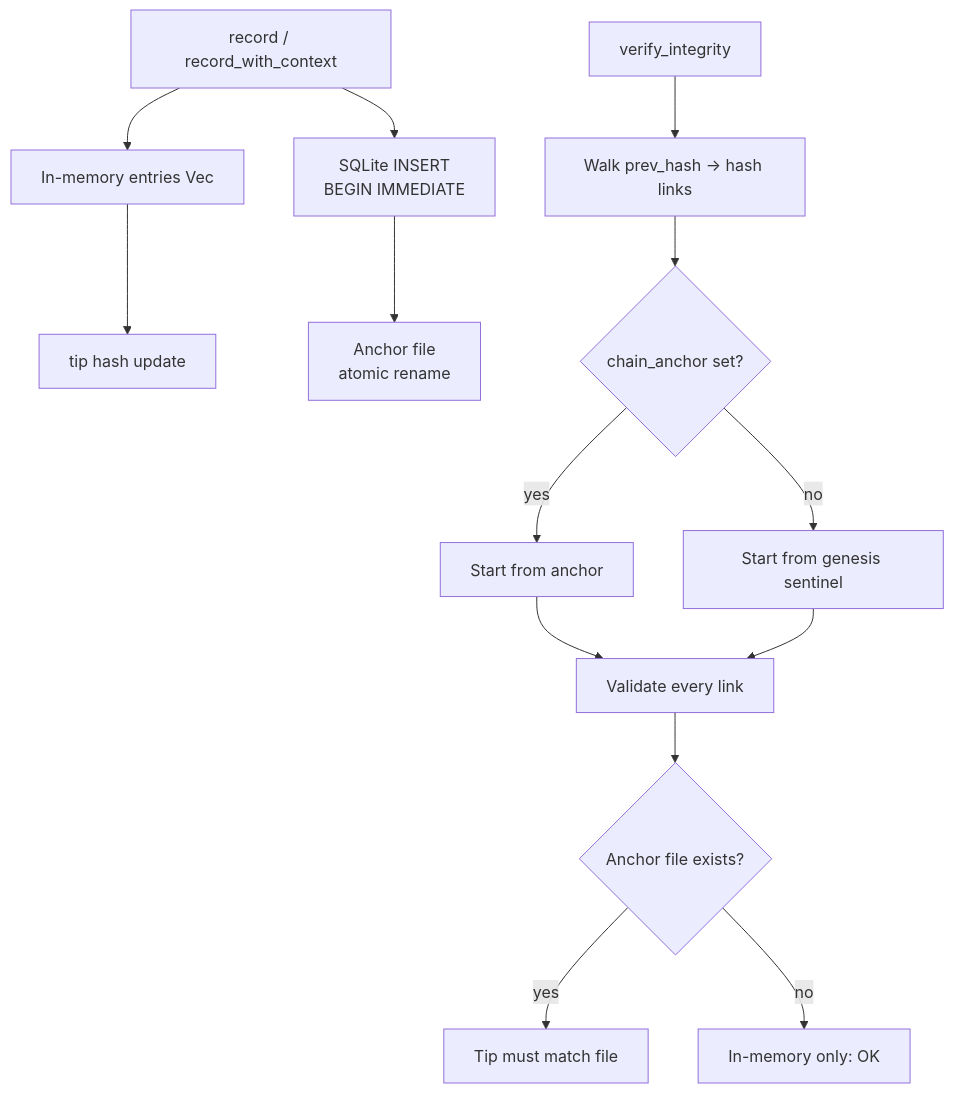
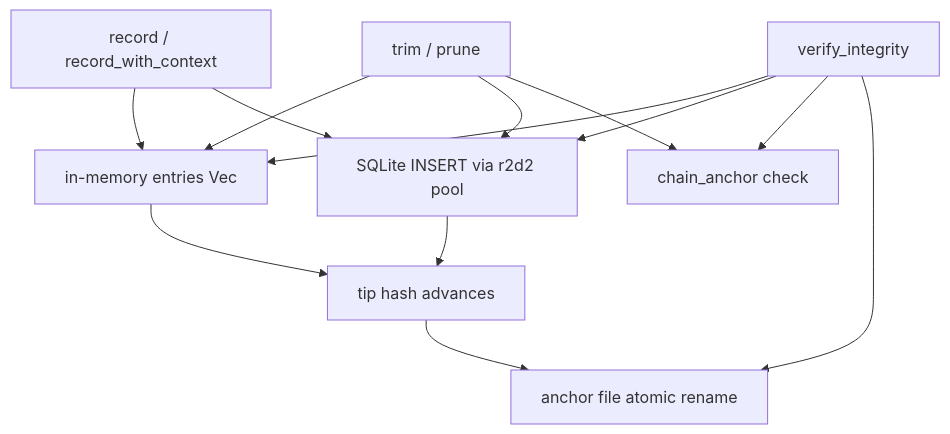
The diagram in other-librefang-runtime-audit-src.md (leszek3737/librefang-WIki), drawn with Mermaid before and after one commit. The commit also changed other lines of this file and 126 other files, not shown here.

````diff
--- a/other-librefang-runtime-audit-src.md
+++ b/other-librefang-runtime-audit-src.md
@@ -9,16 +9,15 @@
 ```mermaid
 graph TD
-    A[record / record_with_context] --> B[In-memory entries Vec]
-    A --> C[SQLite INSERT<br>BEGIN IMMEDIATE]
-    B --> D[tip hash update]
-    C --> E[Anchor file<br>atomic rename]
-    F[verify_integrity] --> G[Walk prev_hash → hash links]
-    G --> H{chain_anchor set?}
-    H -- yes --> I[Start from anchor]
-    H -- no --> J[Start from genesis sentinel]
-    I --> K[Validate every link]
-    J --> K
-    K --> L{Anchor file exists?}
-    L -- yes --> M[Tip must match file]
-    L -- no --> N[In-memory only: OK]
+    A[record / record_with_context] --> B[in-memory entries Vec]
+    A --> C[SQLite INSERT via r2d2 pool]
+    B --> D[tip hash advances]
+    C --> D
+    D --> E[anchor file atomic rename]
+    F[verify_integrity] --> B
+    F --> C
+    F --> G[chain_anchor check]
+    F --> E
+    H[trim / prune] --> B
+    H --> C
+    H --> G
 ```
````
